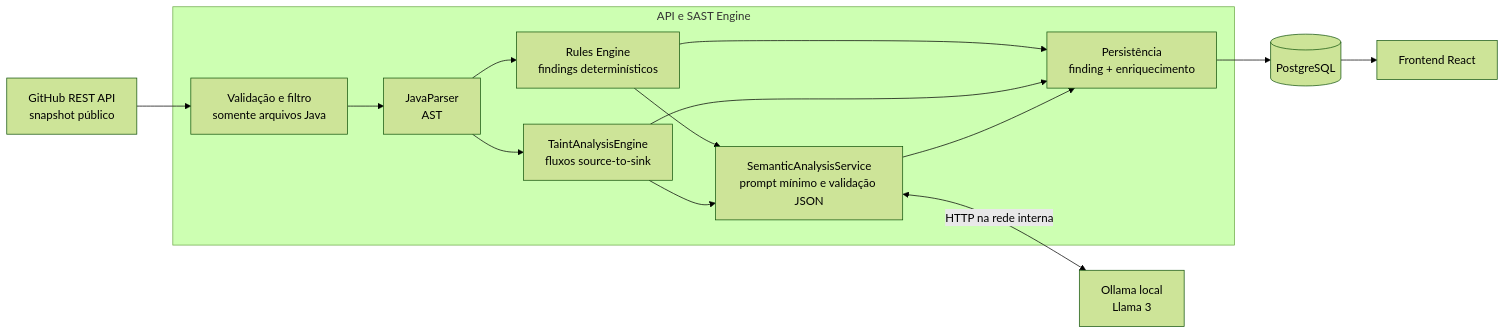
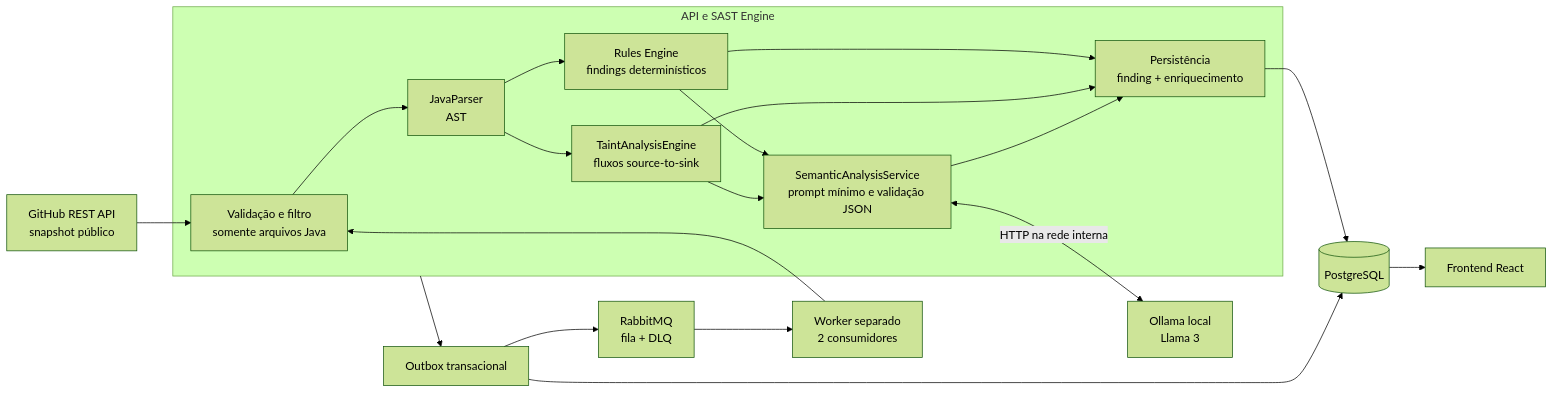
One commit to EduDalla/plataforma-sast changed the diagram in docs/adr/ADR-001-ia-e-analise-semantica.md. Above: the diagram before and after it, drawn with Mermaid (forest theme). The commit also changed other lines of this file and 29 other files, not shown here.

````diff
--- a/docs/adr/ADR-001-ia-e-analise-semantica.md
+++ b/docs/adr/ADR-001-ia-e-analise-semantica.md
@@ -36,29 +36,35 @@
 ```mermaid
 flowchart LR
     github["GitHub REST API<br/>snapshot público"]
 
     subgraph api["API e SAST Engine"]
         snapshot["Validação e filtro<br/>somente arquivos Java"]
         parser["JavaParser<br/>AST"]
         rules["Rules Engine<br/>findings determinísticos"]
         taint["TaintAnalysisEngine<br/>fluxos source-to-sink"]
         semantic["SemanticAnalysisService<br/>prompt mínimo e validação JSON"]
-        persistence["Persistência<br/>finding + enriquecimento"]
+    persistence["Persistência<br/>finding + enriquecimento"]
     end
 
     ollama["Ollama local<br/>Llama 3"]
     db[("PostgreSQL")]
+    outbox["Outbox transacional"]
+    rabbit["RabbitMQ<br/>fila + DLQ"]
+    worker["Worker separado<br/>2 consumidores"]
     frontend["Frontend React"]
 
     github --> snapshot --> parser
+    api --> outbox --> rabbit --> worker
+    worker --> snapshot
     parser --> rules
     parser --> taint
     rules --> semantic
     taint --> semantic
     semantic <-->|"HTTP na rede interna"| ollama
     rules --> persistence
     taint --> persistence
     semantic --> persistence
     persistence --> db
+    outbox --> db
     db --> frontend
 ```
````
